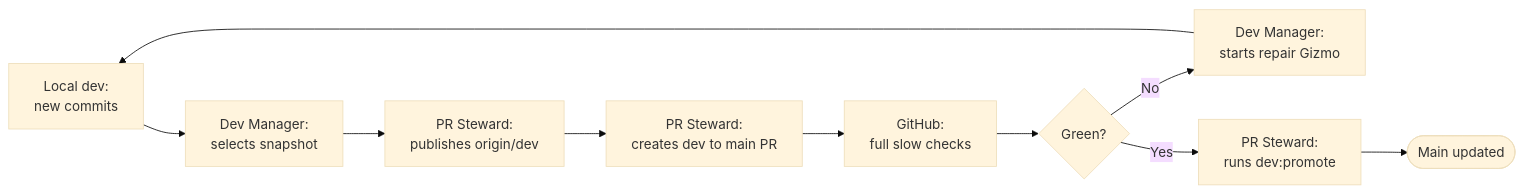
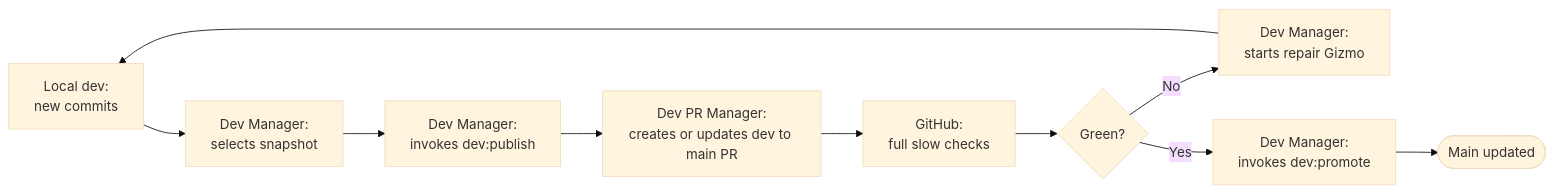
Before and after one commit to meta-secret/nook: the tenth of 11 diagrams in .cortex/gizmo/architecture/multiagent-delivery-diagrams.md, drawn with Mermaid (base theme). The commit also changed other lines of this file and 50 other files, not shown here.

````diff
--- a/.cortex/gizmo/architecture/multiagent-delivery-diagrams.md
+++ b/.cortex/gizmo/architecture/multiagent-delivery-diagrams.md
@@ -282,16 +282,16 @@
 ```mermaid
 flowchart LR
     Dev["Local dev:<br/>new commits"]
     Select["Dev Manager:<br/>selects snapshot"]
-    Publish["PR Steward:<br/>publishes origin/dev"]
-    PR["PR Steward:<br/>creates dev to main PR"]
+    Publish["Dev Manager:<br/>invokes dev:publish"]
+    PR["Dev PR Manager:<br/>creates or updates dev to main PR"]
     Checks["GitHub:<br/>full slow checks"]
     Green{"Green?"}
     Fix["Dev Manager:<br/>starts repair Gizmo"]
-    Promote["PR Steward:<br/>runs dev:promote"]
+    Promote["Dev Manager:<br/>invokes dev:promote"]
     Main([Main updated])
 
     Dev --> Select --> Publish --> PR --> Checks --> Green
     Green -- No --> Fix --> Dev
     Green -- Yes --> Promote --> Main
 ```
````
